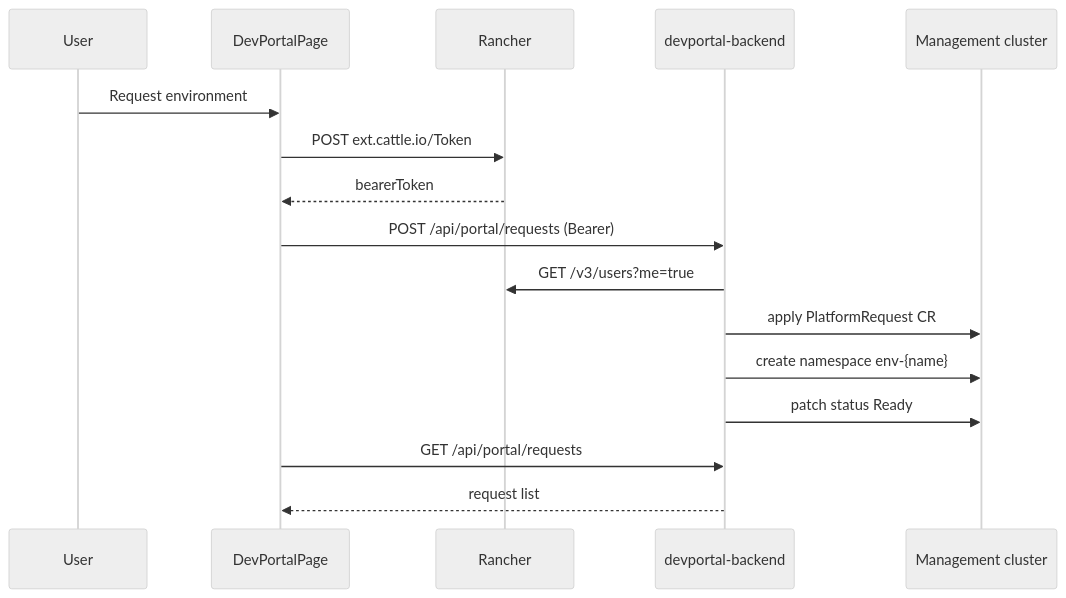
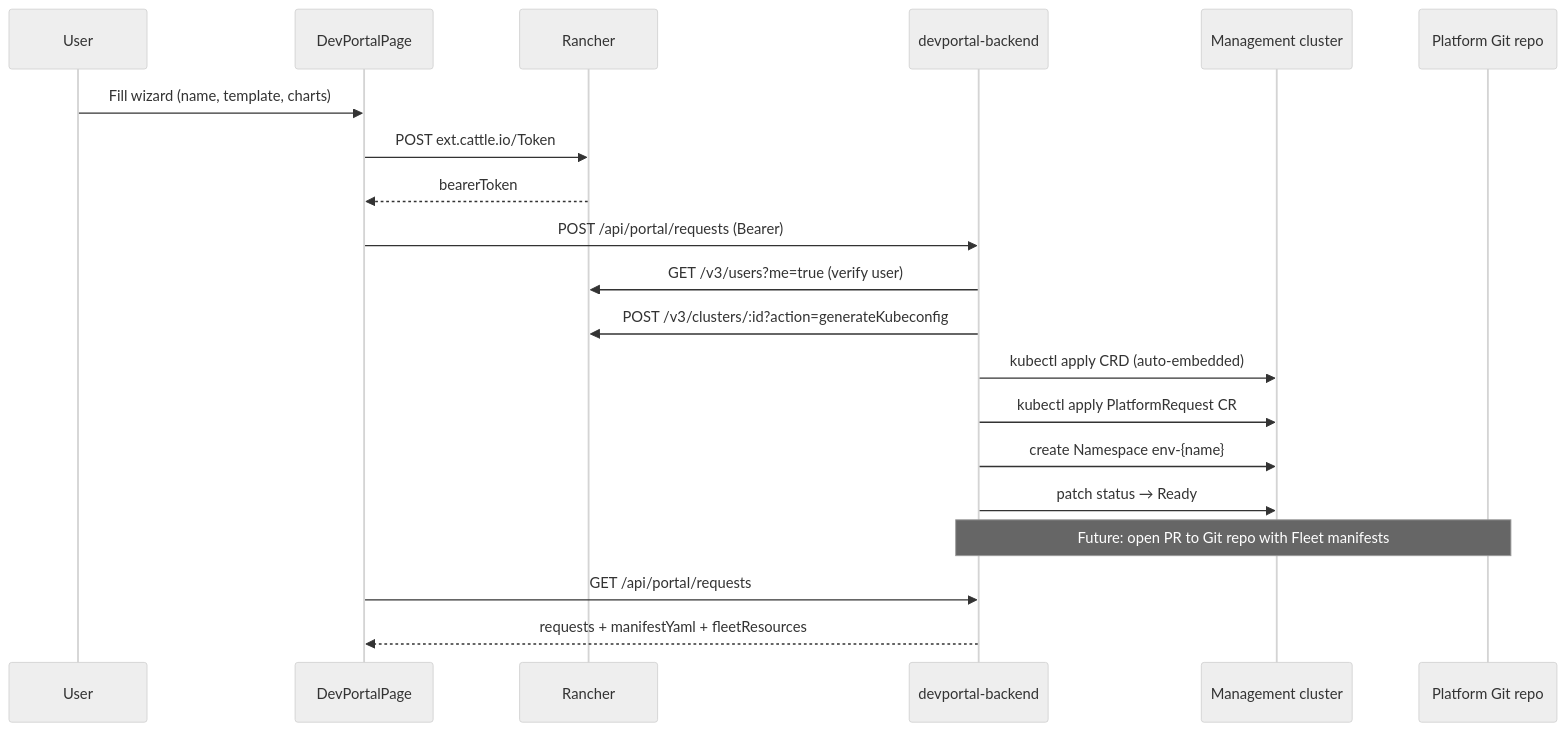
The diagram in docs/architecture.md (aeltai/rancher-devportal), drawn with Mermaid (neutral theme) before and after one commit. The commit also changed other lines of this file and 13 other files, not shown here.

````diff
--- a/docs/architecture.md
+++ b/docs/architecture.md
@@ -5,19 +5,23 @@
 ```mermaid
 sequenceDiagram
   participant User
   participant UI as DevPortalPage
   participant Rancher
   participant API as devportal-backend
   participant K8s as Management cluster
+  participant Git as Platform Git repo
 
-  User->>UI: Request environment
+  User->>UI: Fill wizard (name, template, charts)
   UI->>Rancher: POST ext.cattle.io/Token
   Rancher-->>UI: bearerToken
   UI->>API: POST /api/portal/requests (Bearer)
-  API->>Rancher: GET /v3/users?me=true
-  API->>K8s: apply PlatformRequest CR
-  API->>K8s: create namespace env-{name}
-  API->>K8s: patch status Ready
+  API->>Rancher: GET /v3/users?me=true (verify user)
+  API->>Rancher: POST /v3/clusters/:id?action=generateKubeconfig
+  API->>K8s: kubectl apply CRD (auto-embedded)
+  API->>K8s: kubectl apply PlatformRequest CR
+  API->>K8s: create Namespace env-{name}
+  API->>K8s: patch status → Ready
+  Note over API,Git: Future: open PR to Git repo with Fleet manifests
   UI->>API: GET /api/portal/requests
-  API-->>UI: request list
+  API-->>UI: requests + manifestYaml + fleetResources
 ```
````
